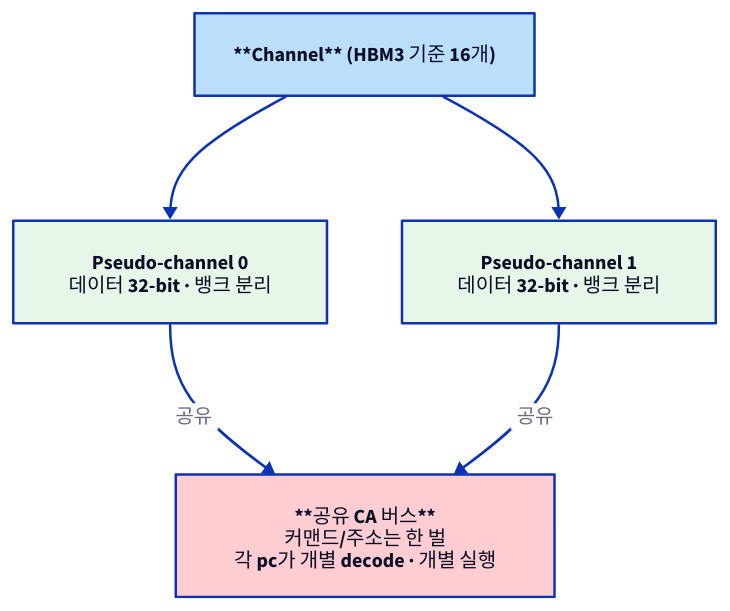
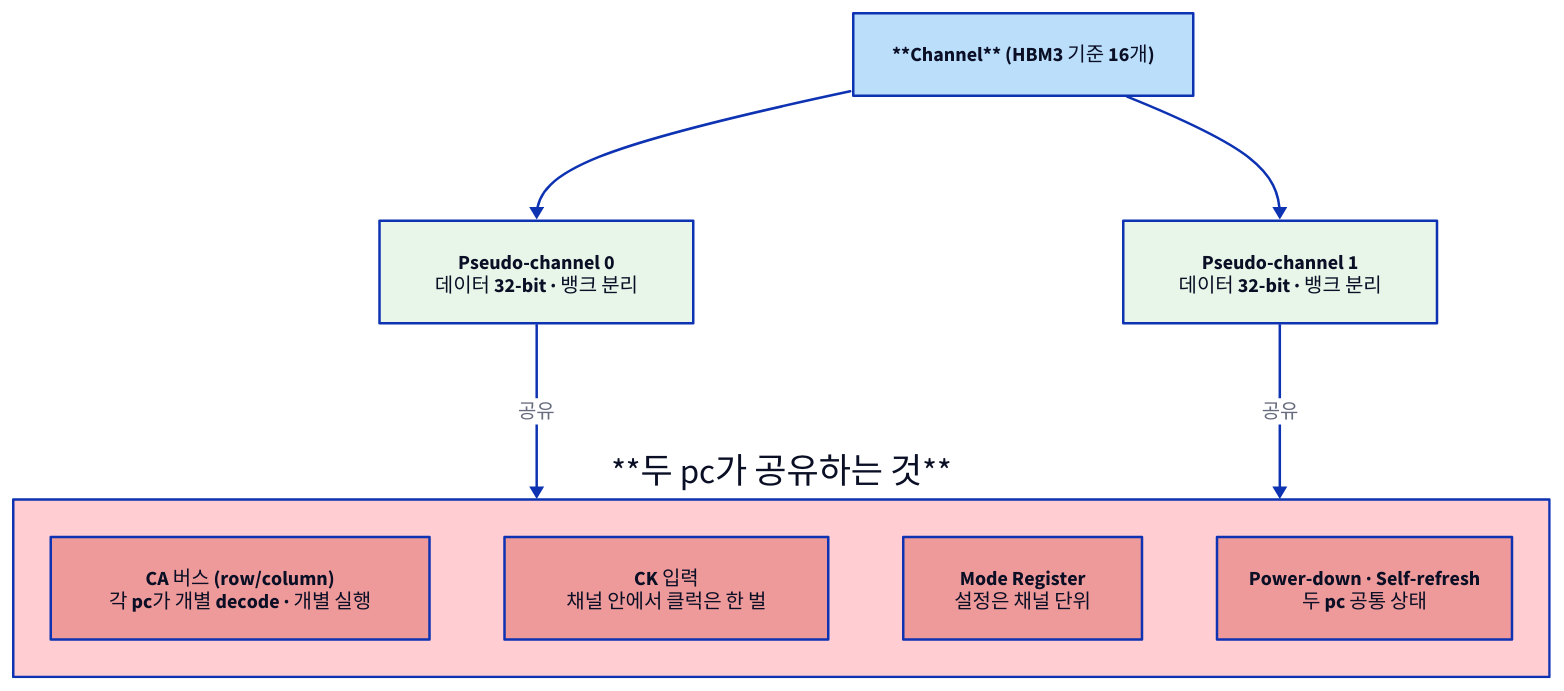
The diagram in starlight_site/src/content/docs/hbm/04_channels_addressing.md (humbleowl39/DV_SKOOL), drawn with D2 before and after one commit. The commit also changed other lines of this file and 12 other files, not shown here.

````diff
--- a/starlight_site/src/content/docs/hbm/04_channels_addressing.md
+++ b/starlight_site/src/content/docs/hbm/04_channels_addressing.md
@@ -99,22 +103,27 @@
 ```d2
 direction: down
 
 CH: "**Channel** (HBM3 기준 16개)" {
   style.fill: "#bbdefb"
   style.font-color: "#0A0F25"
   desc: "데이터 I/O 64-bit · 뱅크 분리 · CA 버스 분리\n→ 채널 간에는 독립성이 높다"
 }
 
 PC0: "Pseudo-channel 0\n데이터 32-bit · 뱅크 분리" { style.fill: "#e8f5e9"; style.font-color: "#0A0F25" }
 PC1: "Pseudo-channel 1\n데이터 32-bit · 뱅크 분리" { style.fill: "#e8f5e9"; style.font-color: "#0A0F25" }
 
-CA: "**공유 CA 버스**\n커맨드/주소는 한 벌\n각 pc가 개별 decode · 개별 실행" {
+SHARED: "**두 pc가 공유하는 것**" {
   style.fill: "#ffcdd2"
   style.font-color: "#0A0F25"
+
+  CA: "CA 버스 (row/column)\n각 pc가 개별 decode · 개별 실행" { style.fill: "#ef9a9a"; style.font-color: "#0A0F25" }
+  CK: "CK 입력\n채널 안에서 클럭은 한 벌" { style.fill: "#ef9a9a"; style.font-color: "#0A0F25" }
+  MR: "Mode Register\n설정은 채널 단위" { style.fill: "#ef9a9a"; style.font-color: "#0A0F25" }
+  PDSR: "Power-down · Self-refresh\n두 pc 공통 상태" { style.fill: "#ef9a9a"; style.font-color: "#0A0F25" }
 }
 
 CH -> PC0
 CH -> PC1
-PC0 -> CA: "공유"
-PC1 -> CA: "공유"
+PC0 -> SHARED: "공유"
+PC1 -> SHARED: "공유"
 ```
````
